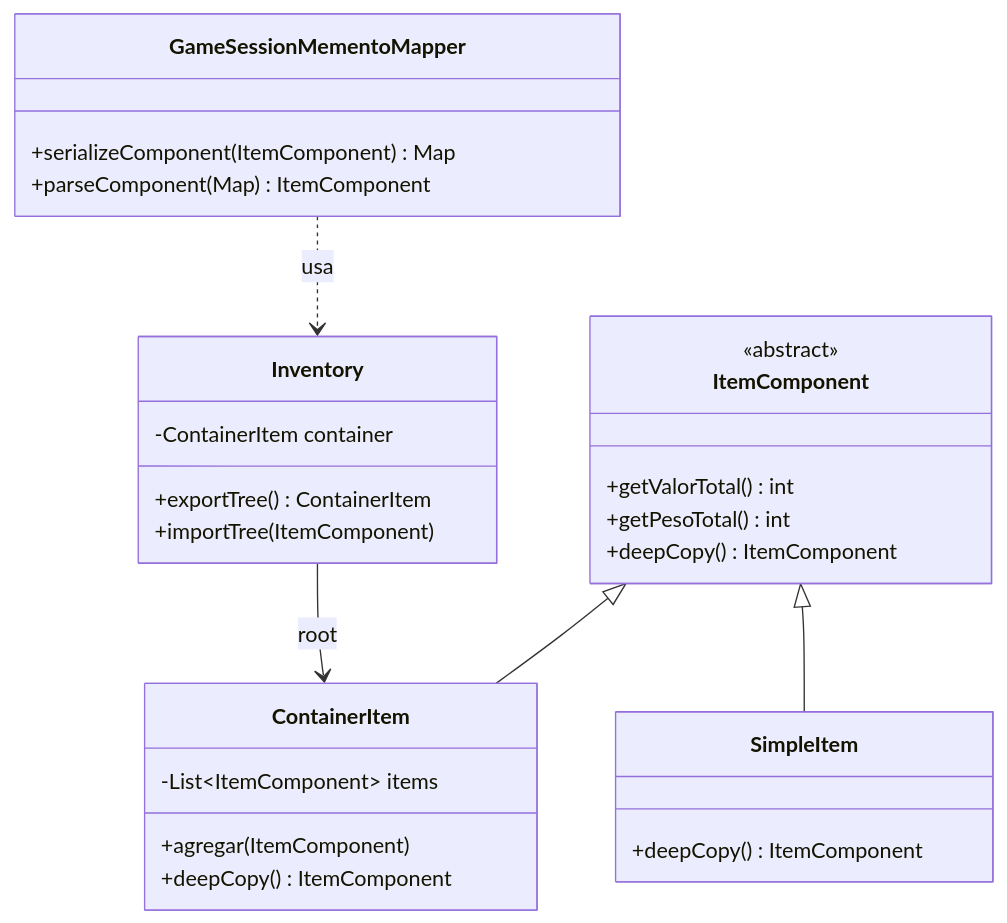
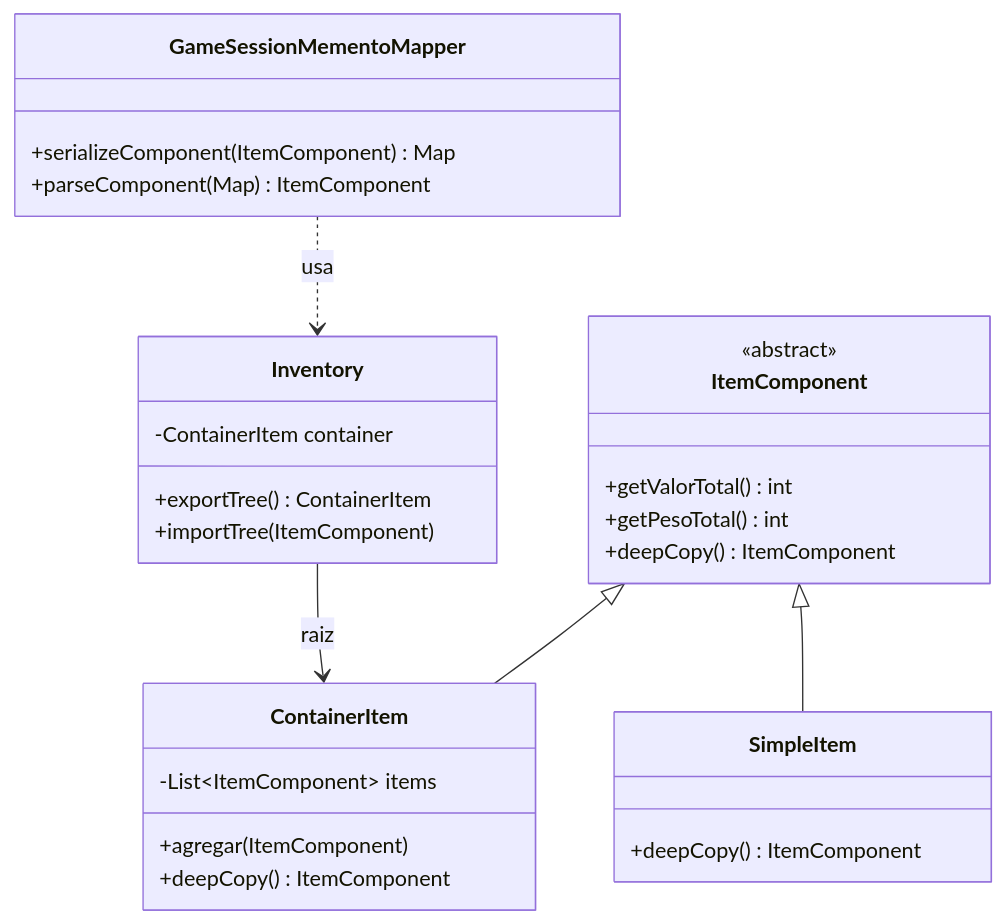
One commit to Craos6518/dungeon-crawler-patterns changed the second of 2 diagrams in docs/03-patterns/composite.md. Above: the diagram before and after it, drawn with Mermaid. The commit also changed other lines of this file and 11 other files, not shown here.

Commit message:
refactor: actualizar diagramas y terminología en la documentación de patrones

````diff
--- a/docs/03-patterns/composite.md
+++ b/docs/03-patterns/composite.md
@@ -58,31 +58,31 @@
 ```mermaid
 classDiagram
     class ItemComponent {
         <<abstract>>
         +getValorTotal() int
         +getPesoTotal() int
         +deepCopy() ItemComponent
     }
     class ContainerItem {
         -List~ItemComponent~ items
         +agregar(ItemComponent)
         +deepCopy() ItemComponent
     }
     class SimpleItem {
         +deepCopy() ItemComponent
     }
     class Inventory {
         -ContainerItem container
         +exportTree() ContainerItem
         +importTree(ItemComponent)
     }
     class GameSessionMementoMapper {
         +serializeComponent(ItemComponent) Map
         +parseComponent(Map) ItemComponent
     }
 
     ItemComponent <|-- ContainerItem
     ItemComponent <|-- SimpleItem
-    Inventory --> ContainerItem : root
+    Inventory --> ContainerItem : raiz
     GameSessionMementoMapper ..> Inventory : usa
 ```
````
